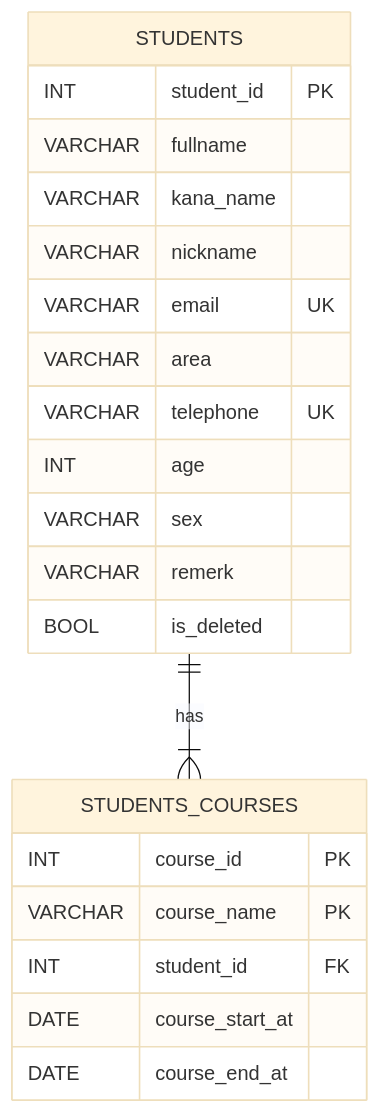
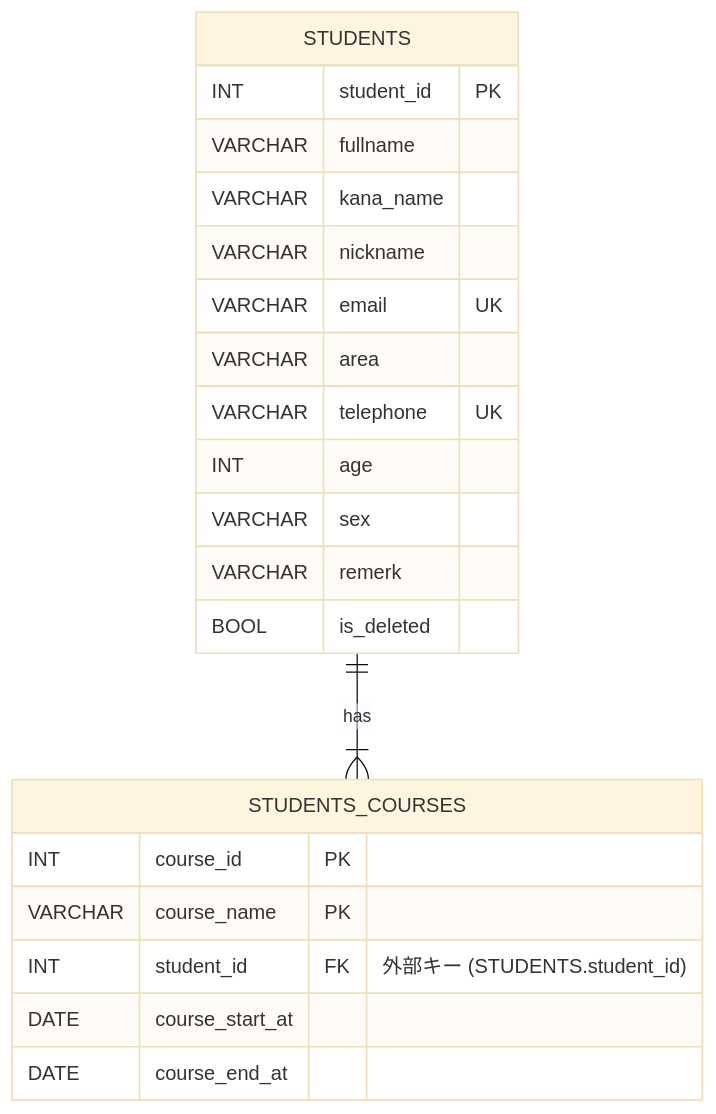
The first of 7 diagrams in README.md (saway261/StudentManagement), drawn with Mermaid (base theme) before and after one commit. The commit also changed other lines of this file, not shown here.

Commit message:
docs: README修正(受講生単一検索と受講生更新のシーケンス図を修正、ER図に外部キーについてのコメント追加)

````diff
--- a/README.md
+++ b/README.md
@@ -46,24 +46,24 @@
 ```mermaid
 erDiagram
     STUDENTS ||--|{ STUDENTS_COURSES: "has"
     STUDENTS {
         INT student_id PK
         VARCHAR fullname
         VARCHAR kana_name
         VARCHAR nickname
         VARCHAR email UK
         VARCHAR area
         VARCHAR telephone UK
         INT age
         VARCHAR sex
         VARCHAR remerk
         BOOL is_deleted
     }
     STUDENTS_COURSES {
         INT course_id PK
         VARCHAR course_name PK
-        INT student_id FK
+        INT student_id FK  "外部キー (STUDENTS.student_id)"
         DATE course_start_at
         DATE course_end_at
     }
 ```
````
